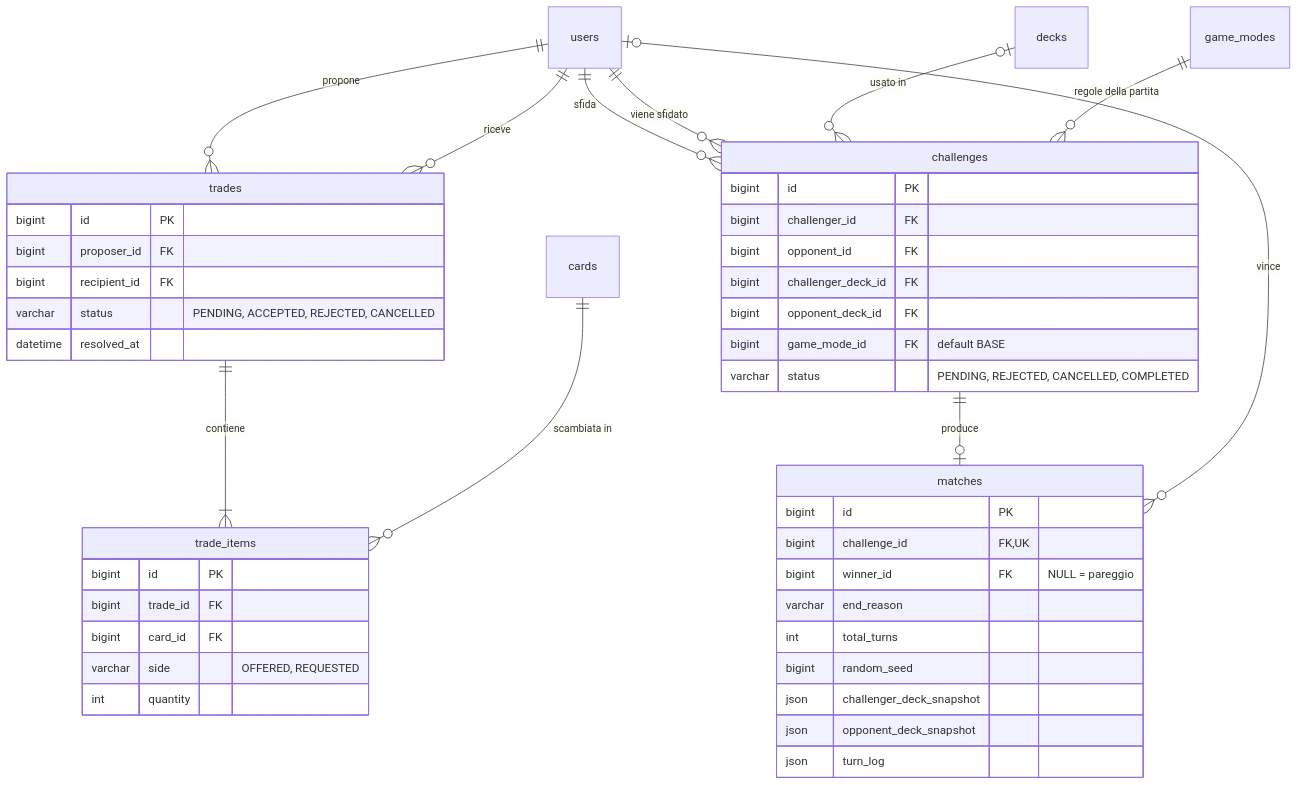
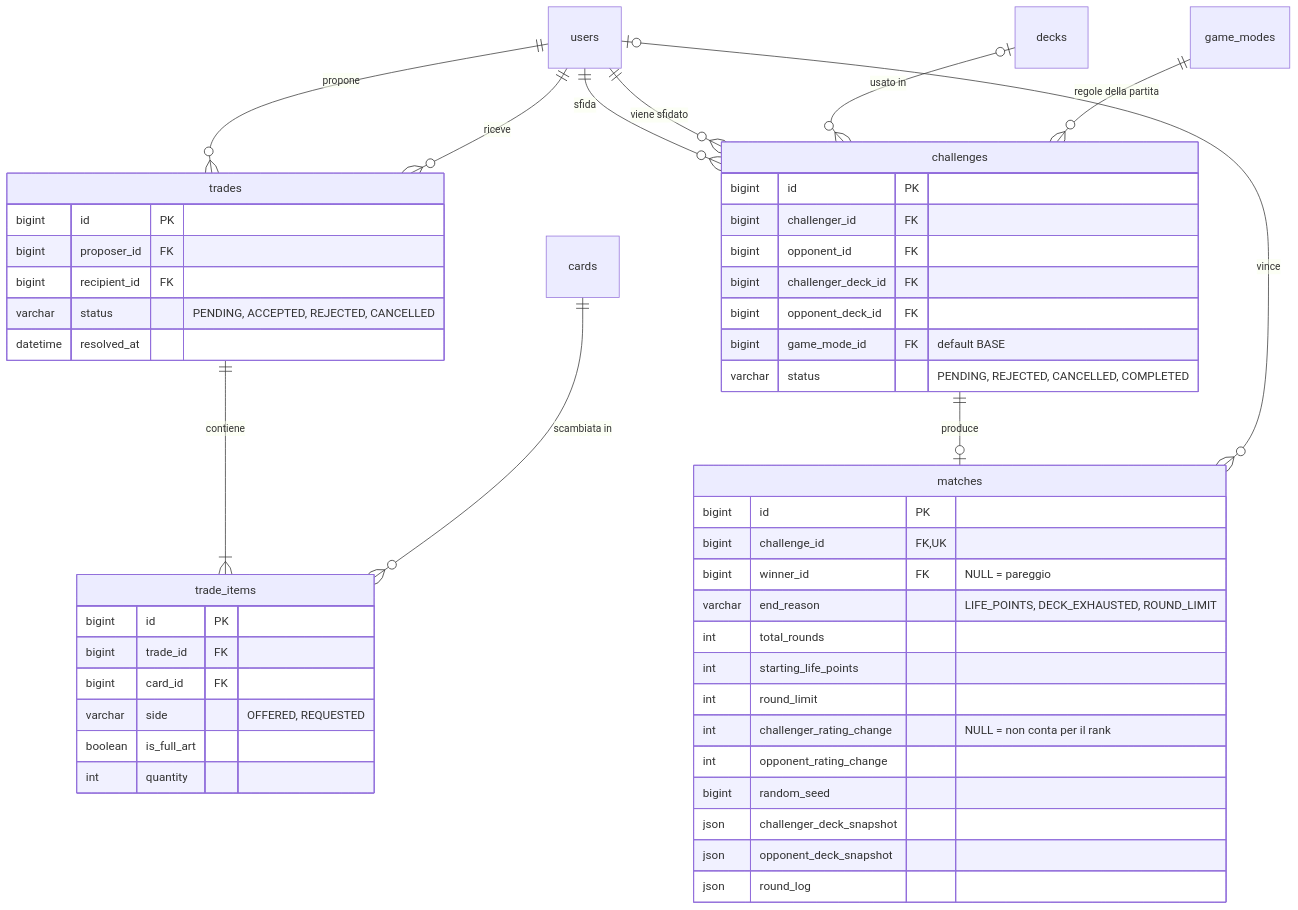
One commit to cristianpappalardoITS/LaboratorioIntegrato-Divine changed the third of 4 diagrams in docs/database/schema.md. Above: the diagram before and after it, drawn with Mermaid. The commit also changed other lines of this file and 1 other file, not shown here.

Commit message:
docs(database): aggiorna lo schema con regolamento, carte iniziali, Lord e full art

````diff
--- a/docs/database/schema.md
+++ b/docs/database/schema.md
@@ -210,48 +239,53 @@
 ```mermaid
 erDiagram
     users ||--o{ trades : "propone"
     users ||--o{ trades : "riceve"
     trades ||--|{ trade_items : "contiene"
     cards ||--o{ trade_items : "scambiata in"
     users ||--o{ challenges : "sfida"
     users ||--o{ challenges : "viene sfidato"
     decks |o--o{ challenges : "usato in"
     game_modes ||--o{ challenges : "regole della partita"
     challenges ||--o| matches : "produce"
     users |o--o{ matches : "vince"
 
     trades {
         bigint id PK
         bigint proposer_id FK
         bigint recipient_id FK
         varchar status "PENDING, ACCEPTED, REJECTED, CANCELLED"
         datetime resolved_at
     }
     trade_items {
         bigint id PK
         bigint trade_id FK
         bigint card_id FK
         varchar side "OFFERED, REQUESTED"
+        boolean is_full_art
         int quantity
     }
     challenges {
         bigint id PK
         bigint challenger_id FK
         bigint opponent_id FK
         bigint challenger_deck_id FK
         bigint opponent_deck_id FK
         bigint game_mode_id FK "default BASE"
         varchar status "PENDING, REJECTED, CANCELLED, COMPLETED"
     }
     matches {
         bigint id PK
         bigint challenge_id FK, UK
         bigint winner_id FK "NULL = pareggio"
-        varchar end_reason
-        int total_turns
+        varchar end_reason "LIFE_POINTS, DECK_EXHAUSTED, ROUND_LIMIT"
+        int total_rounds
+        int starting_life_points
+        int round_limit
+        int challenger_rating_change "NULL = non conta per il rank"
+        int opponent_rating_change
         bigint random_seed
         json challenger_deck_snapshot
         json opponent_deck_snapshot
-        json turn_log
+        json round_log
     }
 ```
````
